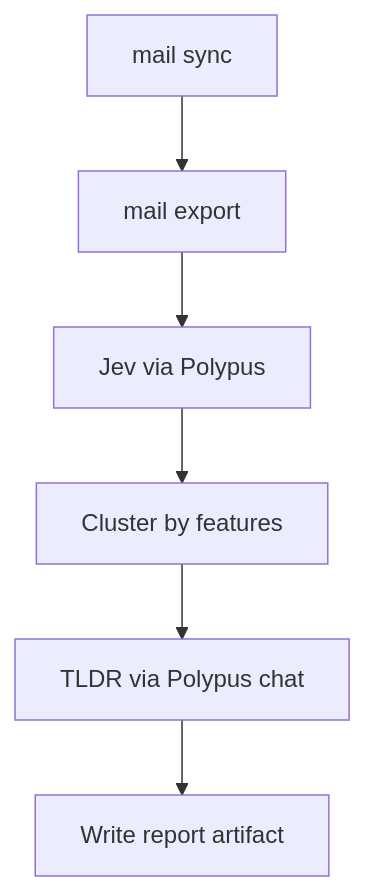
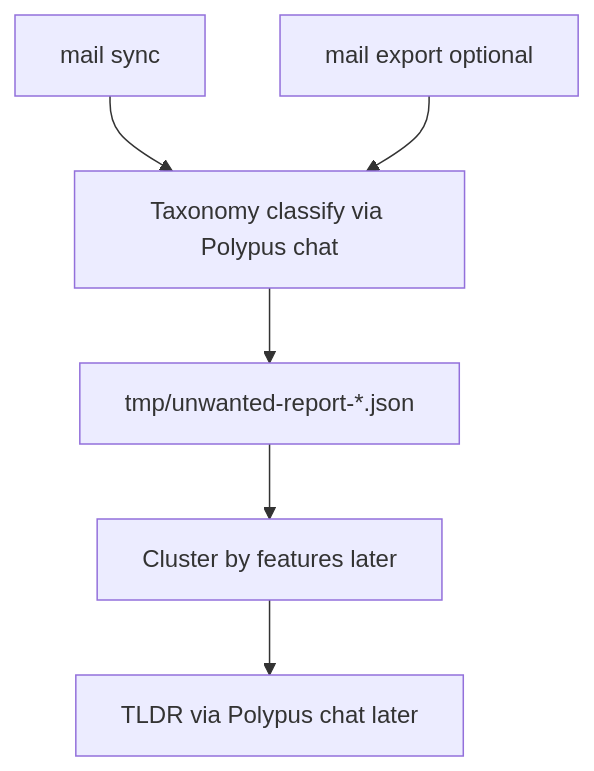
One commit to xynova/should-i-read changed the diagram in docs/report-only-eval.md. Above: the diagram before and after it, drawn with Mermaid. The commit also changed other lines of this file and 43 other files, not shown here.

First line of the commit message:
feat: classify inbox mail with taxonomy tree walk via Polypus

````diff
--- a/docs/report-only-eval.md
+++ b/docs/report-only-eval.md
@@ -20,14 +20,14 @@
 ```mermaid
 flowchart TD
   sync[mail sync]
-  export[mail export]
-  jev[Jev via Polypus]
-  cluster[Cluster by features]
-  tldr[TLDR via Polypus chat]
-  report[Write report artifact]
-  sync --> export
-  export --> jev
-  jev --> cluster
+  classify[Taxonomy classify via Polypus chat]
+  report[tmp/unwanted-report-*.json]
+  export[mail export optional]
+  cluster[Cluster by features later]
+  tldr[TLDR via Polypus chat later]
+  sync --> classify
+  classify --> report
+  export --> classify
+  report --> cluster
   cluster --> tldr
-  tldr --> report
 ```
````
